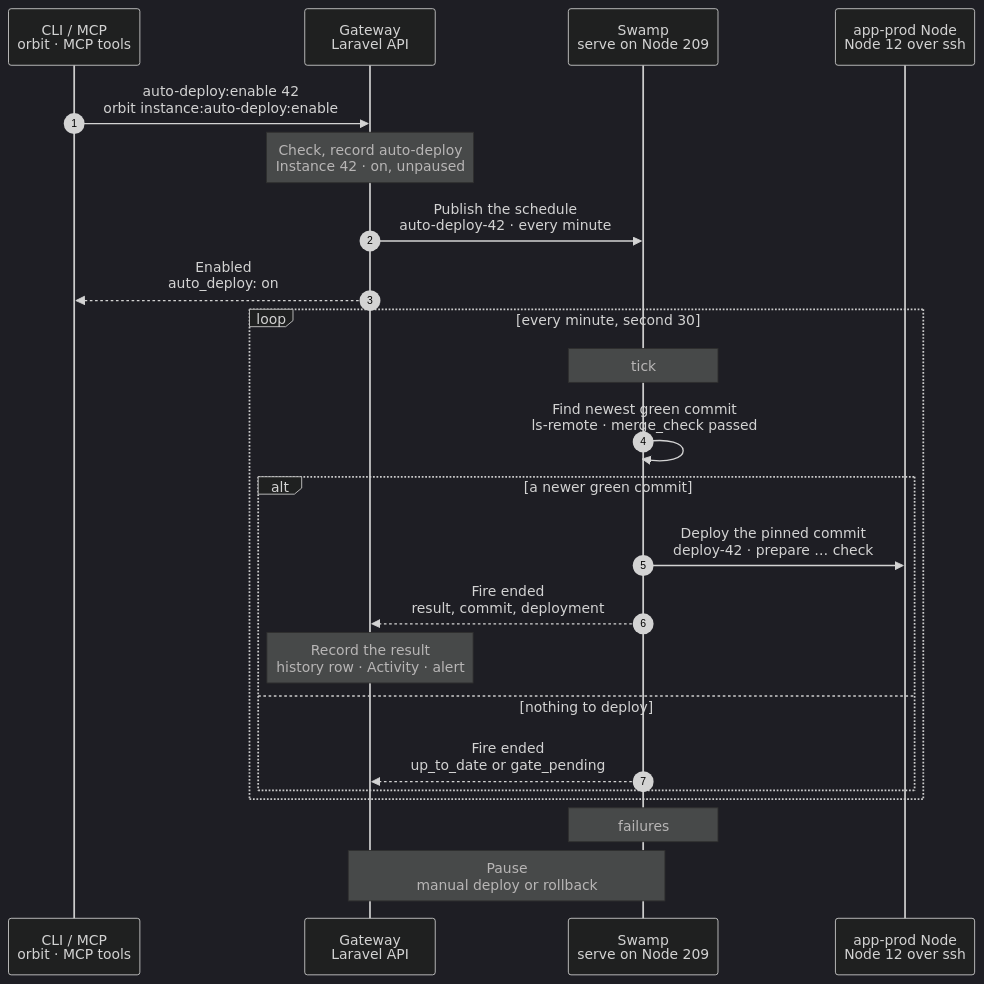
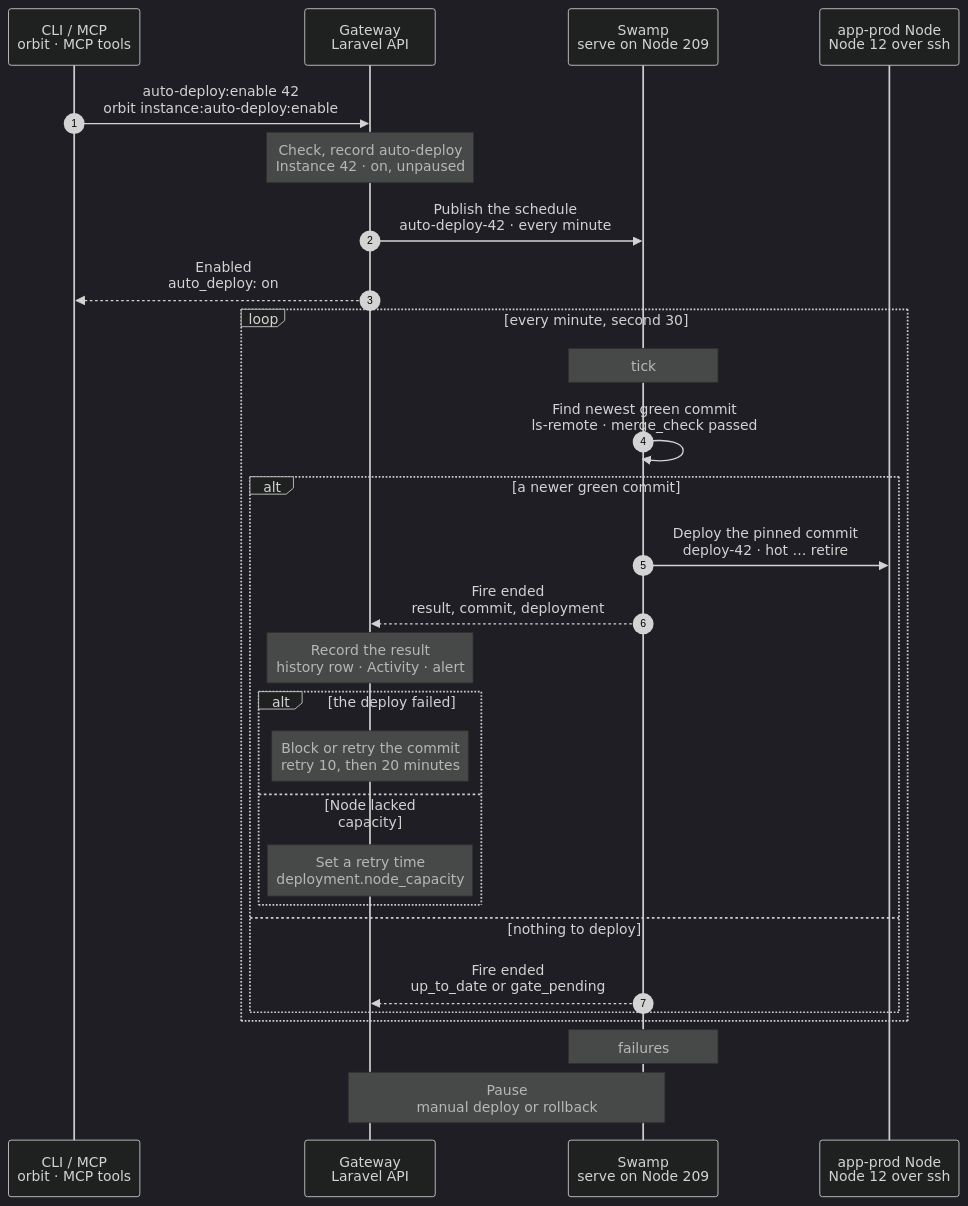
Before and after one commit to hardimpactdev/orbit: the diagram in docs/cli/instance/auto-deploy.mmd, drawn with Mermaid (dark theme). The commit also changed 10 other files, not shown here.

First line of the commit message:
docs(production): charts, build subtasks and live-proof plan for ADR 0263

```diff
--- a/docs/cli/instance/auto-deploy.mmd
+++ b/docs/cli/instance/auto-deploy.mmd
@@ -1,95 +1,105 @@
 sequenceDiagram
   %% Production policy only. Development uses the independent Gateway precheck in container/deploy-default.mmd; this schedule and its persisted pause are never changed by that tick.
   %% Target design: DECISIONS 3 (automatic deploy = Gateway-published native schedule, no POST back), R1-R2, ADR 0244, behavior names by target. Replaces instance.policy_event. docs/reference/deployments.md#automatic-deployments.
   %% Tightened: flow-tighten 2026-11-02, rules 3, 5 (no per-minute Node read: the schedule inputs carry the deployed commit, and the Gateway republishes them on each deploy).
-  %% status: reviewed
+  %% Target design, production containers (ADR 0263, docs/reference/production-containers.md#deploy): the deployed commit is live's commit, and a fire's deploy is the hot deploy of container/deploy-production.mmd. A capacity refusal gets a retry time and never counts toward blocking a commit.
+  %% status: draft
   %% command: instance:auto-deploy:enable · Automatic deploys
   %% kind: instance.auto_deploy
   autonumber
   %% lane CLI icon=terminal pill=caller tone=gray
   %% lane GW icon=gateway pill=intent tone=blue
   %% lane SW icon=workflow pill=executes tone=green
   %% lane N icon=server pill=target tone=amber
   participant CLI as CLI / MCP<br/>orbit · MCP tools
   participant GW as Gateway<br/>Laravel API
   participant SW as Swamp<br/>serve on Node 209
   participant N as app-prod Node<br/>Node 12 over ssh
   CLI->>GW: auto-deploy:enable 42<br/>orbit instance:auto-deploy:enable
   %%> Command:
   %%> - `orbit instance:auto-deploy:enable 42`
   %%> - syntax: `<instance>`; `instance:auto-deploy:disable <instance>` turns it off
   %%> What it does:
   %%> - turns automatic deployment on for production Instance 42
   %%> - also resumes an Instance that a manual deploy or rollback paused
   %%> Not included:
   %%> - deploys nothing now and changes nothing on the Node
   %%> Typical use:
   %%> - a production Instance follows `main`: merge a PR, CI turns green, the next fire deploys it
   Note over GW: Check, record auto-deploy<br/>Instance 42 · on, unpaused
   %%> Requirements:
   %%> - your Node has an access grant to Node 12
   %%> - Instance 42 is an active production Instance; before its first succeeded deployment the check reports `not_deployed`
   %%> - when the Project has a `merge_check`, the GitHub App can read its check runs
   %%> Result:
   %%> - auto-deploy recorded as on and unpaused
   GW->>SW: Publish the schedule<br/>auto-deploy-42 · every minute
   %%> What it does:
   %%> - publishes one native Swamp schedule for Instance 42
   %%> Inputs:
   %%> - branch, `merge_check`, blocked commits, retry times
-  %%> - the deployed commit; the Gateway republishes the inputs after each deploy or rollback
+  %%> - the deployed commit: live's commit; the Gateway republishes the inputs after each deploy or rollback
   %%> - vault key names for the read token; the Gateway keeps the token fresh in the vault
   %%> Why:
   %%> - the run has everything it needs; it never calls the Gateway
   GW-->>CLI: Enabled<br/>auto_deploy: on
   %%> What you get:
   %%> - the Instance with auto-deploy on, at once
   %%> - no task: publishing the schedule is part of the command
   loop every minute, second 30
     Note over SW: tick
     %%> Native policy producer:
     %%> - the retained fleet policy selects work and produces the complete event receipt
     SW->>SW: Find newest green commit<br/>ls-remote · merge_check passed
     %%> What it does:
     %%> - reads the branch head with `git ls-remote`
     %%> - walks first-parent history to the newest commit whose `merge_check` passed
     %%> - skips blocked commits and commits whose retry isn't due
     %%> Not included:
     %%> - never deploys a red or pending commit
     %%> - compares with the deployed commit from the inputs; no SSH to the production Node each minute
     alt a newer green commit
-      SW->>N: Deploy the pinned commit<br/>deploy-42 · prepare … check
+      SW->>N: Deploy the pinned commit<br/>deploy-42 · hot … retire
       %%> What it does:
-      %%> - the same steps as `instance:deploy`, pinned to the commit
+      %%> - the hot deploy of `instance:deploy`, pinned to the commit: hot builds and migrates it while live serves, then the Routes switch to it
       %%> - behavior `deploy-42`: one lock per Instance, so a manual deploy and a fire never overlap
       SW-->>GW: Fire ended<br/>result, commit, deployment
       %%> Returns:
       %%> - the result (`started`, `failed`, `gate_failed`, …), the commit and the deployment outputs
       Note over GW: Record the result<br/>history row · Activity · alert
       %%> Result:
       %%> - a deployment history row with origin `automatic`
       %%> - one Activity entry `auto_deploy.<result>` when the result changes
       %%> - a release alert for a failed deploy, a stalled commit or a pause
-      %%> On failure:
-      %%> - the commit is blocked, or gets a retry time (10, then 20 minutes)
       %%> - the Gateway republishes the schedule with the new inputs
+      alt the deploy failed
+        Note over GW: Block or retry the commit<br/>retry 10, then 20 minutes
+        %%> Result:
+        %%> - a failure in a deploy step or later counts toward blocking the commit; an earlier failure gets a retry time
+      else Node lacked capacity
+        Note over GW: Set a retry time<br/>deployment.node_capacity
+        %%> Why it never blocks:
+        %%> - the cause is the Node, not the commit; live serves unchanged
+        %%> Alert:
+        %%> - a commit that waits 30 minutes raises the stalled-commit alert
+      end
     else nothing to deploy
       SW-->>GW: Fire ended<br/>up_to_date or gate_pending
       %%> Result:
       %%> - the Gateway updates the last result shown by `instance:show`
       %%> - no history row, no Activity entry
     end
   end
   Note over SW: failures
   %%> Native end check:
   %%> - the policy producer records zero failures on success
   %%> - the Gateway captures its full fire_json in the same terminal history read, including events from a failed fire
   %%> - no reporting shell forwards or prints the receipt
   Note over GW,SW: Pause<br/>manual deploy or rollback
   %%> What it does:
   %%> - a manual `instance:deploy` or `instance:rollback` pauses auto-deploy
   %%> - the Gateway removes the schedule's trigger; no fire runs
   %%> Resume:
   %%> - `orbit instance:auto-deploy:enable 42` publishes it again
   %%> Disable:
   %%> - `orbit instance:auto-deploy:disable 42` removes the schedule
```
